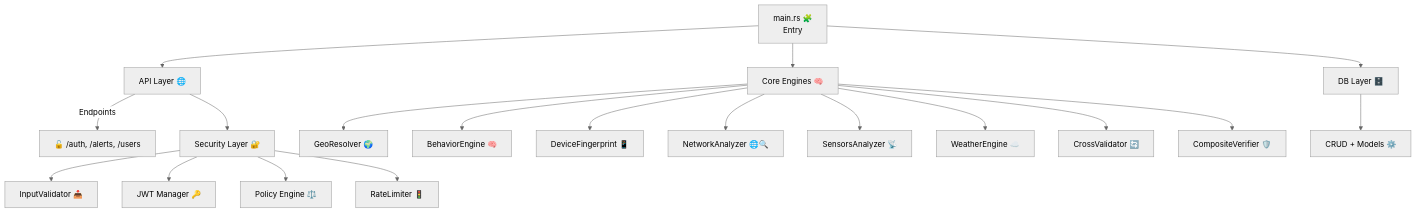
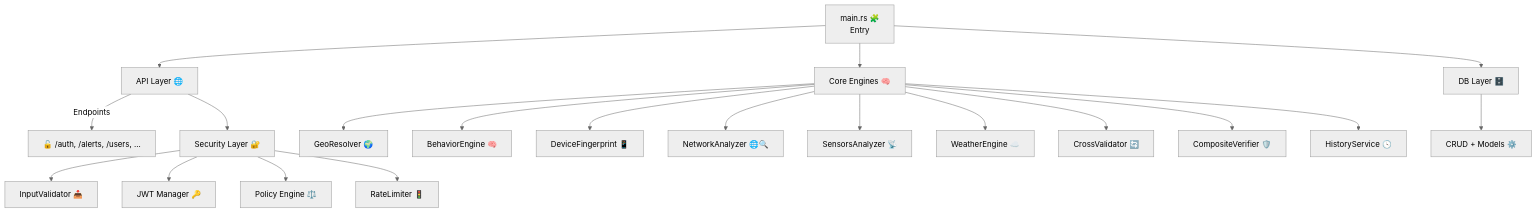
The diagram in README.md (mktmansour/MKT-KSA-Geolocation-Security), drawn with Mermaid (neutral theme) before and after one commit. The commit also changed other lines of this file, not shown here.

````diff
--- a/README.md
+++ b/README.md
@@ -109,21 +168,22 @@
 ```mermaid
 graph TD
     A[main.rs 🧩\nEntry] --> B[API Layer 🌐]
     A --> C[Core Engines 🧠]
     A --> D[DB Layer 🗄️]
-    B -->|Endpoints| E[🔓 /auth, /alerts, /users]
+    B -->|Endpoints| E[🔓 /auth, /alerts, /users, ...]
     C --> F[GeoResolver 🌍]
     C --> G[BehaviorEngine 🧠]
     C --> H[DeviceFingerprint 📱]
     C --> I[NetworkAnalyzer 🌐🔍]
     C --> J[SensorsAnalyzer 📡]
     C --> K[WeatherEngine ☁️]
     C --> L[CrossValidator 🔄]
     C --> M[CompositeVerifier 🛡️]
-    D --> N[CRUD + Models ⚙️]
-    B --> O[Security Layer 🔐]
-    O --> P[InputValidator 📥]
-    O --> Q[JWT Manager 🔑]
-    O --> R[Policy Engine ⚖️]
-    O --> S[RateLimiter 🚦]
+    C --> N[HistoryService 🕓]
+    D --> O[CRUD + Models ⚙️]
+    B --> P[Security Layer 🔐]
+    P --> Q[InputValidator 📥]
+    P --> R[JWT Manager 🔑]
+    P --> S[Policy Engine ⚖️]
+    P --> T[RateLimiter 🚦]
 ```
````
